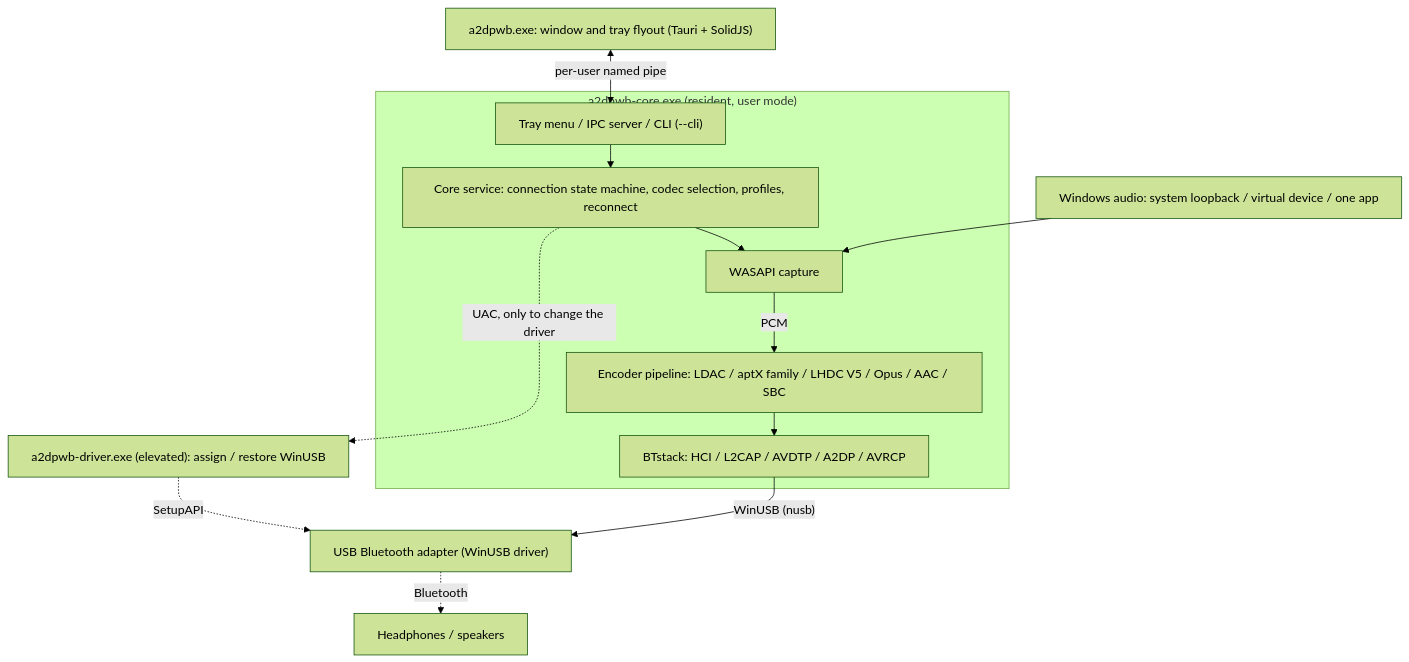
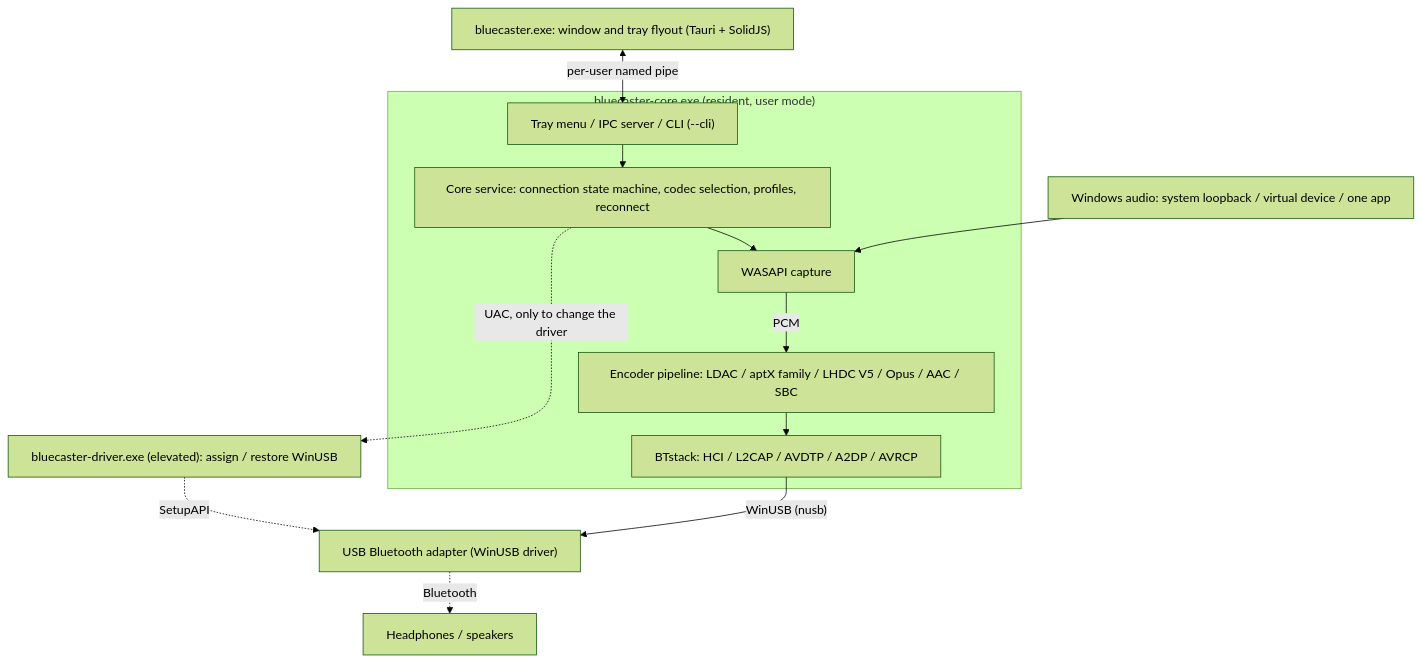
The first of 4 diagrams in docs/architecture.md (SeiyaFunaokaJP/A2DP-Windows-Bridge), drawn with Mermaid (forest theme) before and after one commit. The commit also changed other lines of this file and 241 other files, not shown here.

````diff
--- a/docs/architecture.md
+++ b/docs/architecture.md
@@ -43,23 +43,23 @@
 ```mermaid
 ---
 config:
   flowchart:
     wrappingWidth: 480
     rankSpacing: 30
 ---
 flowchart TB
     src["Windows audio: system loopback / virtual device / one app"]
-    ui["a2dpwb.exe: window and tray flyout (Tauri + SolidJS)"]
-    subgraph core["a2dpwb-core.exe (resident, user mode)"]
+    ui["bluecaster.exe: window and tray flyout (Tauri + SolidJS)"]
+    subgraph core["bluecaster-core.exe (resident, user mode)"]
         ctl["Tray menu / IPC server / CLI (--cli)"] --> svc["Core service: connection state machine, codec selection, profiles, reconnect"]
         svc --> cap["WASAPI capture"]
         cap -- PCM --> enc["Encoder pipeline: LDAC / aptX family / LHDC V5 / Opus / AAC / SBC"]
         enc --> bt["BTstack: HCI / L2CAP / AVDTP / A2DP / AVRCP"]
     end
     ui <-->|"per-user named pipe"| ctl
-    svc -.->|"UAC, only to change the driver"| drv["a2dpwb-driver.exe (elevated): assign / restore WinUSB"]
+    svc -.->|"UAC, only to change the driver"| drv["bluecaster-driver.exe (elevated): assign / restore WinUSB"]
     src --> cap
     bt -->|"WinUSB (nusb)"| usb["USB Bluetooth adapter (WinUSB driver)"]
     drv -.->|SetupAPI| usb
     usb -. Bluetooth .-> hp["Headphones / speakers"]
 ```
````
